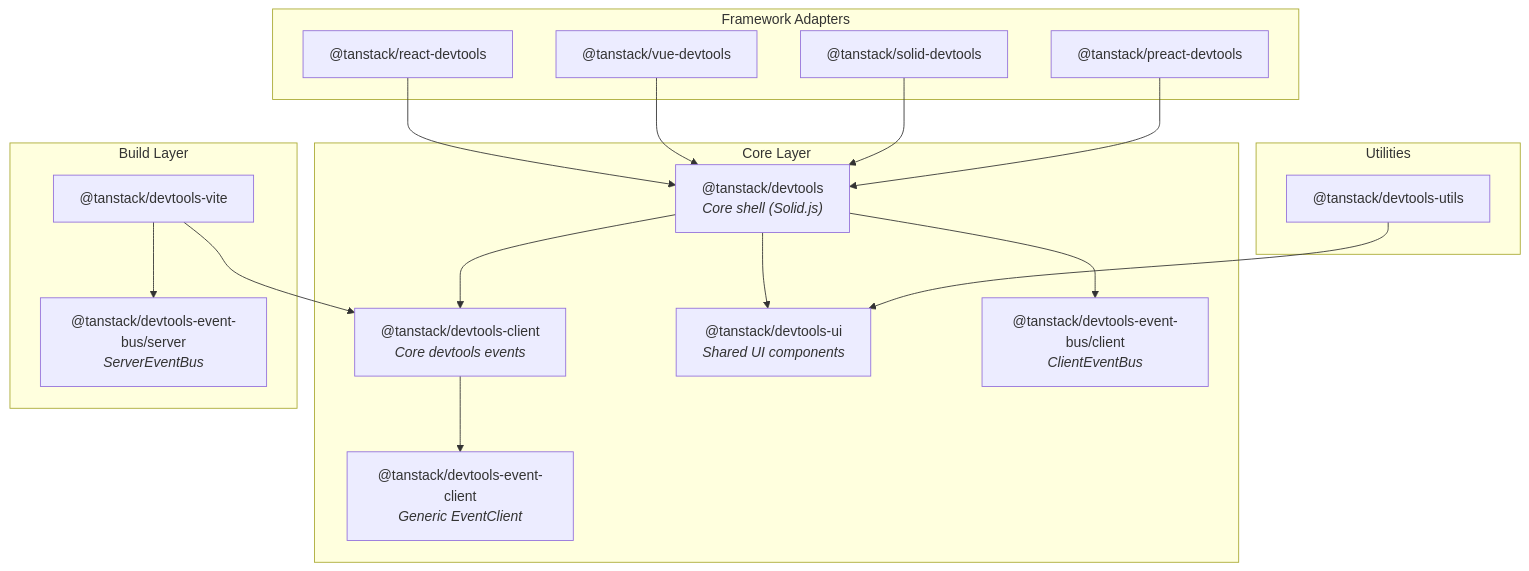
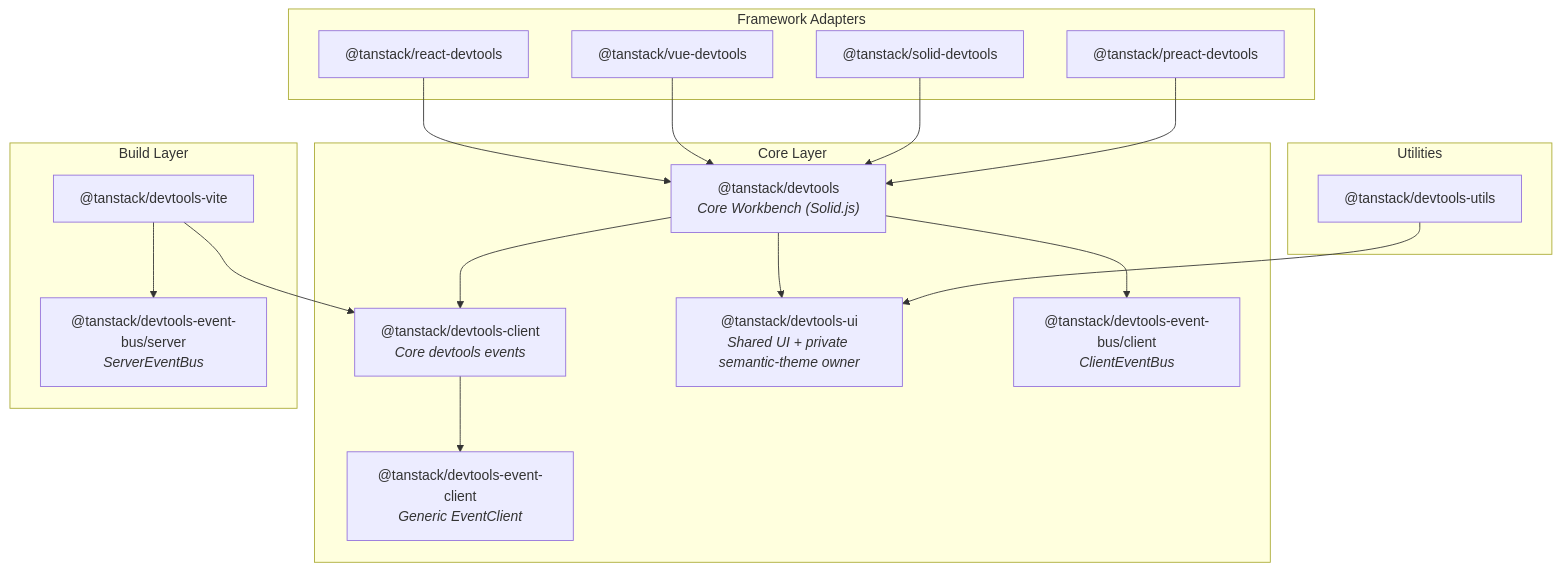
One commit to TanStack/devtools changed the second of 3 diagrams in docs/architecture.md. Above: the diagram before and after it, drawn with Mermaid. The commit also changed other lines of this file and 86 other files, not shown here.

Commit message:
feat: redesign TanStack Devtools workbench

````diff
--- a/docs/architecture.md
+++ b/docs/architecture.md
@@ -30,41 +30,41 @@
 ```mermaid
 graph TD
     subgraph Framework["Framework Adapters"]
         react["@tanstack/react-devtools"]
         vue["@tanstack/vue-devtools"]
         solid["@tanstack/solid-devtools"]
         preact["@tanstack/preact-devtools"]
     end
 
     subgraph Core["Core Layer"]
-        shell["@tanstack/devtools<br/><i>Core shell (Solid.js)</i>"]
+        shell["@tanstack/devtools<br/><i>Core Workbench (Solid.js)</i>"]
         client["@tanstack/devtools-client<br/><i>Core devtools events</i>"]
         eventClient["@tanstack/devtools-event-client<br/><i>Generic EventClient</i>"]
-        ui["@tanstack/devtools-ui<br/><i>Shared UI components</i>"]
+        ui["@tanstack/devtools-ui<br/><i>Shared UI + private semantic-theme owner</i>"]
         clientBus["@tanstack/devtools-event-bus/client<br/><i>ClientEventBus</i>"]
     end
 
     subgraph Build["Build Layer"]
         vite["@tanstack/devtools-vite"]
         serverBus["@tanstack/devtools-event-bus/server<br/><i>ServerEventBus</i>"]
     end
 
     subgraph Utilities
         utils["@tanstack/devtools-utils"]
     end
 
     react --> shell
     vue --> shell
     solid --> shell
     preact --> shell
 
     shell --> client
     shell --> ui
     shell --> clientBus
     client --> eventClient
 
     vite --> client
     vite --> serverBus
 
     utils --> ui
 ```
````
